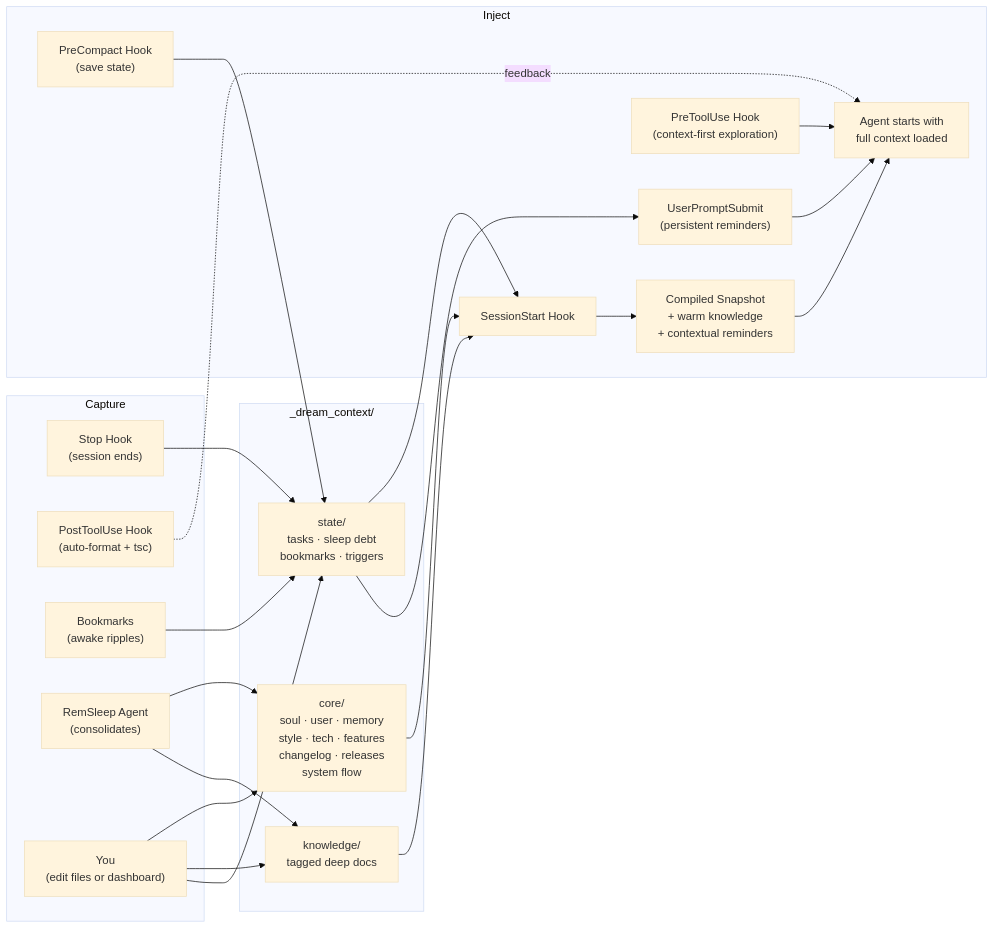
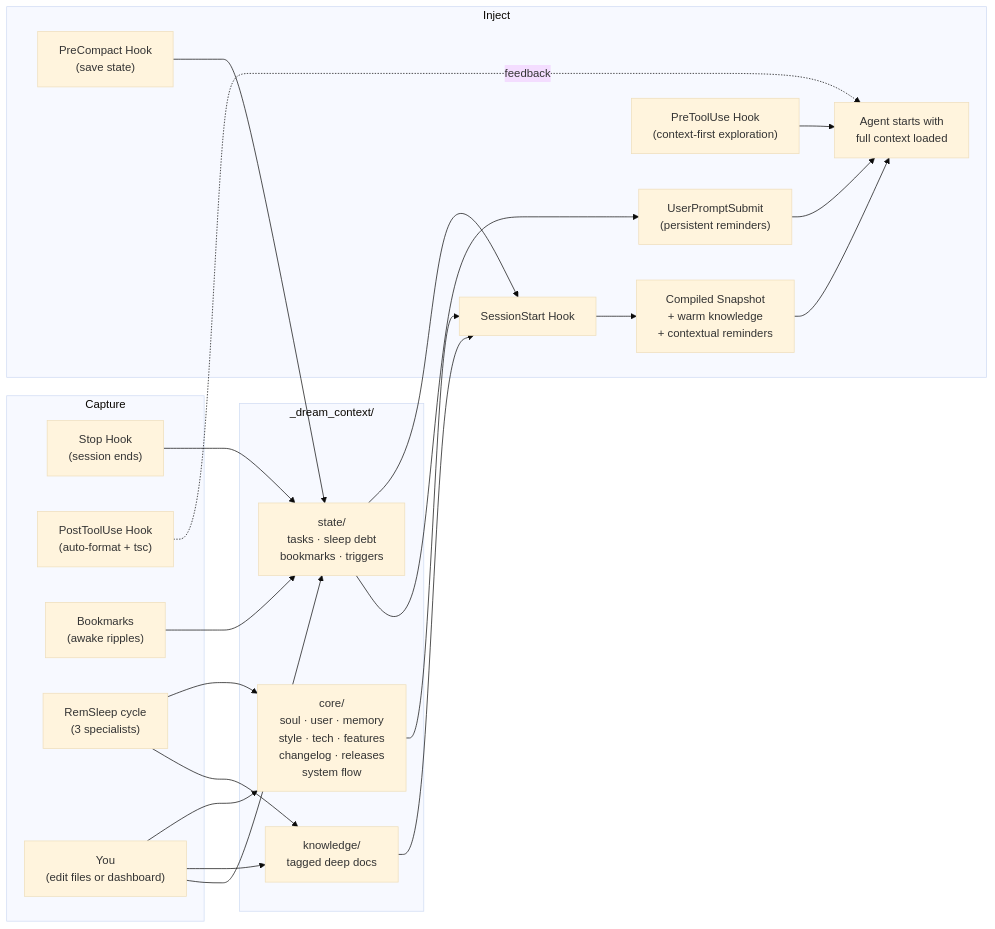
Before and after one commit to Sepi0l-brd/dreamcontext: the diagram in README.md, drawn with Mermaid (base theme). The commit also changed other lines of this file and 20 other files, not shown here.

First line of the commit message:
[docs] documentation diagrams + landing polish; fold in sleep consolidation

````diff
--- a/README.md
+++ b/README.md
@@ -67,44 +76,44 @@
 ```mermaid
 flowchart LR
     subgraph capture ["Capture"]
         STOP["Stop Hook\n(session ends)"]
         POSTTOOL["PostToolUse Hook\n(auto-format + tsc)"]
         BOOKMARK["Bookmarks\n(awake ripples)"]
-        SLEEP["RemSleep Agent\n(consolidates)"]
+        SLEEP["RemSleep cycle\n(3 specialists)"]
         HUMAN["You\n(edit files or dashboard)"]
     end
 
     subgraph store ["_dream_context/"]
         CORE["core/\nsoul · user · memory\nstyle · tech · features\nchangelog · releases\nsystem flow"]
         KNOWLEDGE["knowledge/\ntagged deep docs"]
         STATE["state/\ntasks · sleep debt\nbookmarks · triggers"]
     end
 
     subgraph inject ["Inject"]
         SESSION["SessionStart Hook"]
         PROMPT["UserPromptSubmit\n(persistent reminders)"]
         PRETOOL["PreToolUse Hook\n(context-first exploration)"]
         PRECOMPACT["PreCompact Hook\n(save state)"]
         SNAPSHOT["Compiled Snapshot\n+ warm knowledge\n+ contextual reminders"]
         AGENT["Agent starts with\nfull context loaded"]
     end
 
     BOOKMARK --> STATE
     STOP --> STATE
     POSTTOOL -.->|"feedback"| AGENT
     SLEEP --> CORE
     SLEEP --> KNOWLEDGE
     HUMAN --> CORE
     HUMAN --> KNOWLEDGE
     HUMAN --> STATE
 
     CORE --> SESSION
     KNOWLEDGE --> SESSION
     STATE --> SESSION
     STATE --> PROMPT
     SESSION --> SNAPSHOT
     PROMPT --> AGENT
     PRETOOL --> AGENT
     PRECOMPACT --> STATE
     SNAPSHOT --> AGENT
 ```
````
